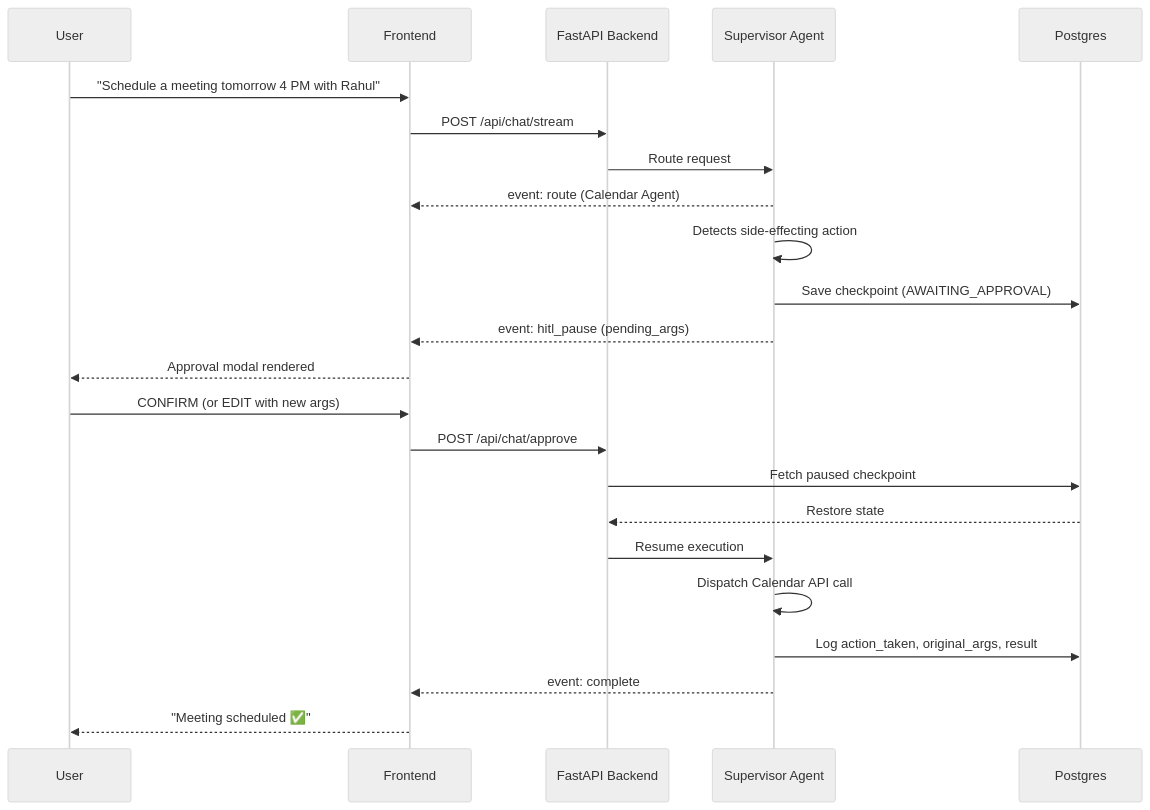
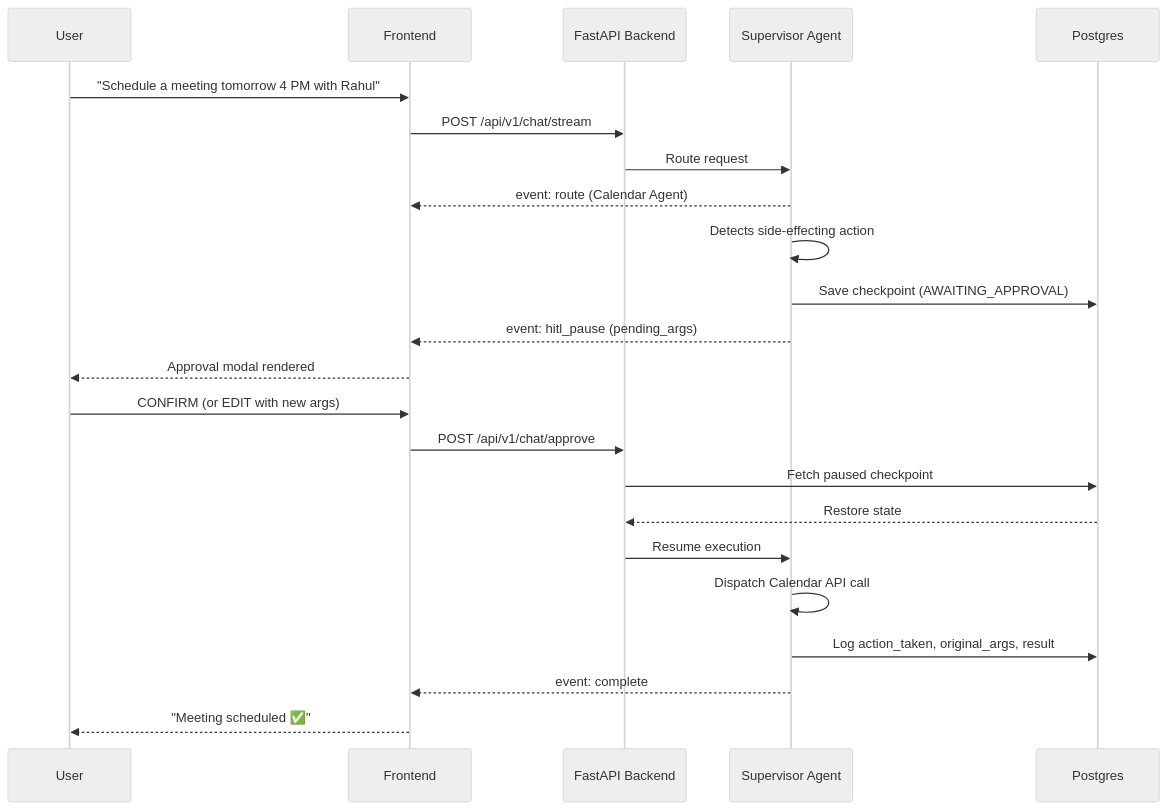
The second of 2 diagrams in README.md (Harsh28-raj/agentos-core), drawn with Mermaid (neutral theme) before and after one commit. The commit also changed other lines of this file and 16 other files, not shown here.

````diff
--- a/README.md
+++ b/README.md
@@ -182,27 +183,27 @@
 ```mermaid
 sequenceDiagram
     participant U as User
     participant F as Frontend
     participant B as FastAPI Backend
     participant S as Supervisor Agent
     participant D as Postgres
 
     U->>F: "Schedule a meeting tomorrow 4 PM with Rahul"
-    F->>B: POST /api/chat/stream
+    F->>B: POST /api/v1/chat/stream
     B->>S: Route request
     S-->>F: event: route (Calendar Agent)
     S->>S: Detects side-effecting action
     S->>D: Save checkpoint (AWAITING_APPROVAL)
     S-->>F: event: hitl_pause (pending_args)
     F-->>U: Approval modal rendered
 
     U->>F: CONFIRM (or EDIT with new args)
-    F->>B: POST /api/chat/approve
+    F->>B: POST /api/v1/chat/approve
     B->>D: Fetch paused checkpoint
     D-->>B: Restore state
     B->>S: Resume execution
     S->>S: Dispatch Calendar API call
     S->>D: Log action_taken, original_args, result
     S-->>F: event: complete
     F-->>U: "Meeting scheduled ✅"
 ```
````
